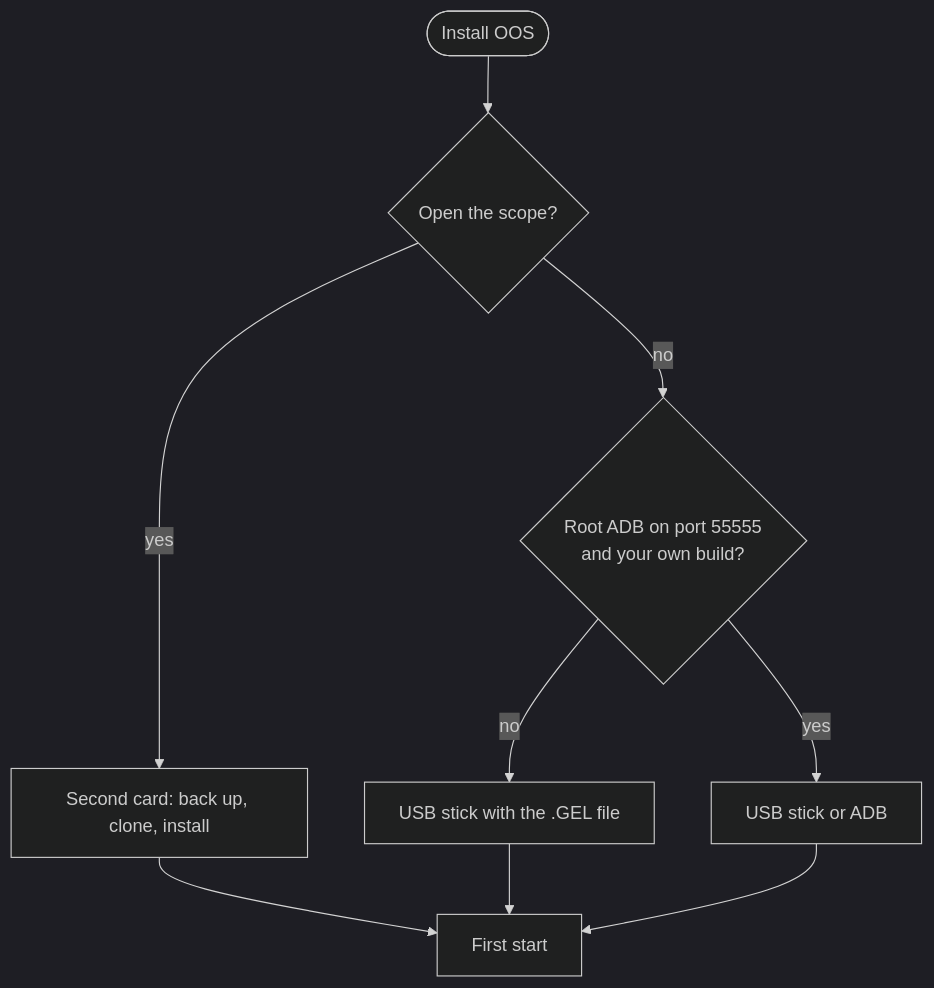
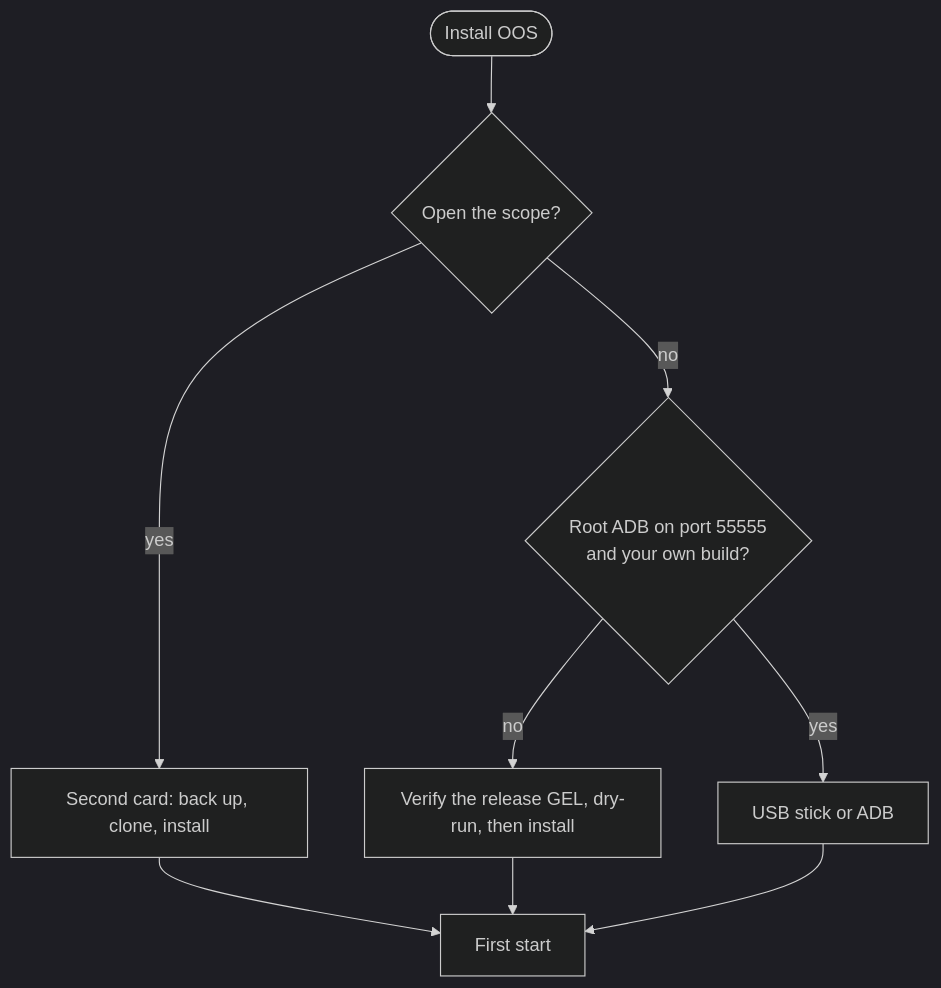
Before and after one commit to yottabytesolutions/oos: the diagram in wiki/Installation.md, drawn with Mermaid (dark theme). The commit also changed other lines of this file and 4 other files, not shown here.

First line of the commit message:
docs(install): describe the install from stock as run on a unit

````diff
--- a/wiki/Installation.md
+++ b/wiki/Installation.md
@@ -10,11 +10,11 @@
 ```mermaid
 flowchart TD
     start([Install OOS]) --> open{Open the scope?}
     open -- yes --> card[Second card: back up, clone, install]
     open -- no --> adb{Root ADB on port 55555<br/>and your own build?}
-    adb -- no --> usb[USB stick with the .GEL file]
+    adb -- no --> usb[Verify the release GEL, dry-run, then install]
     adb -- yes --> both[USB stick or ADB]
     card --> first[First start]
     usb --> first
     both --> first
 ```
````
